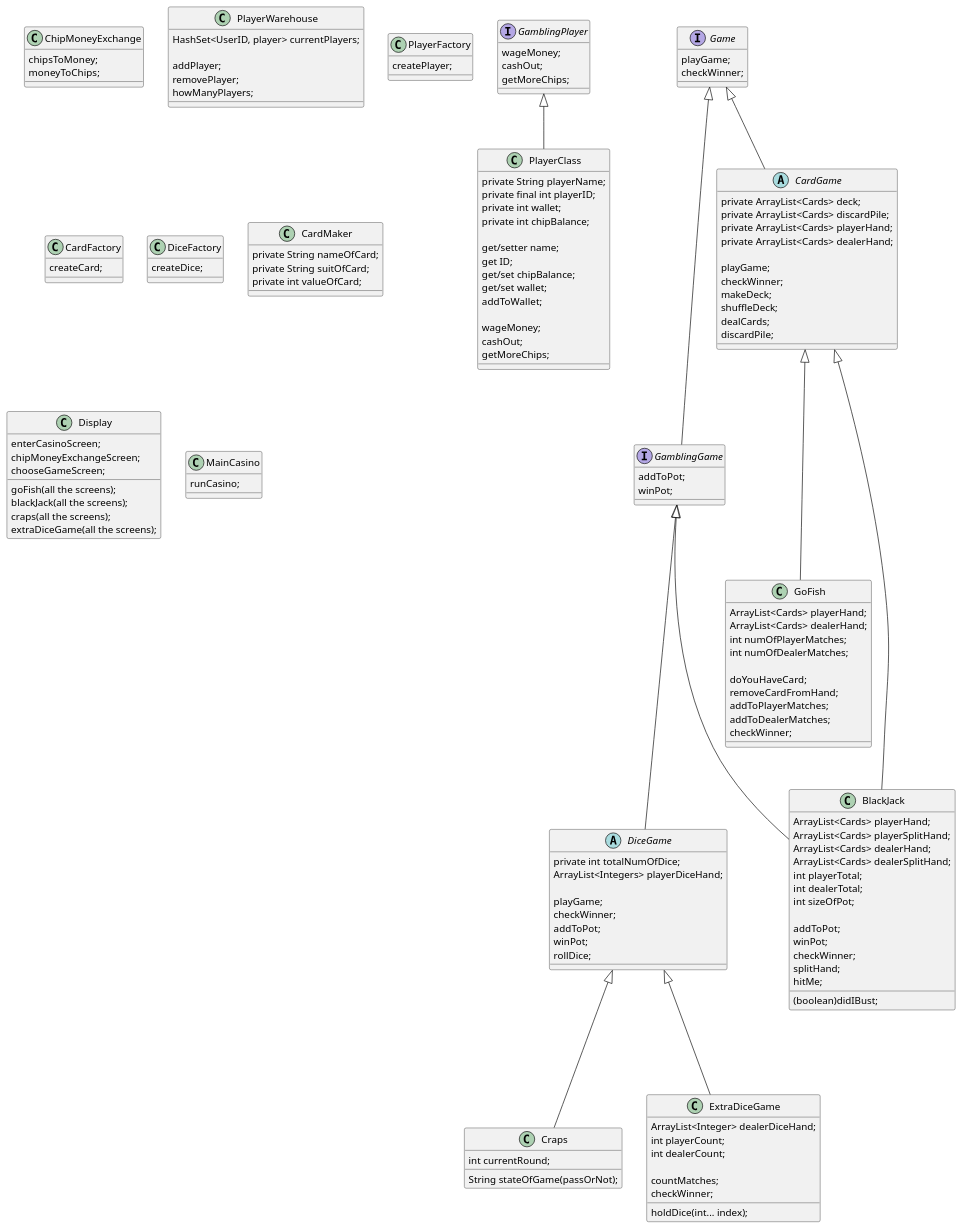
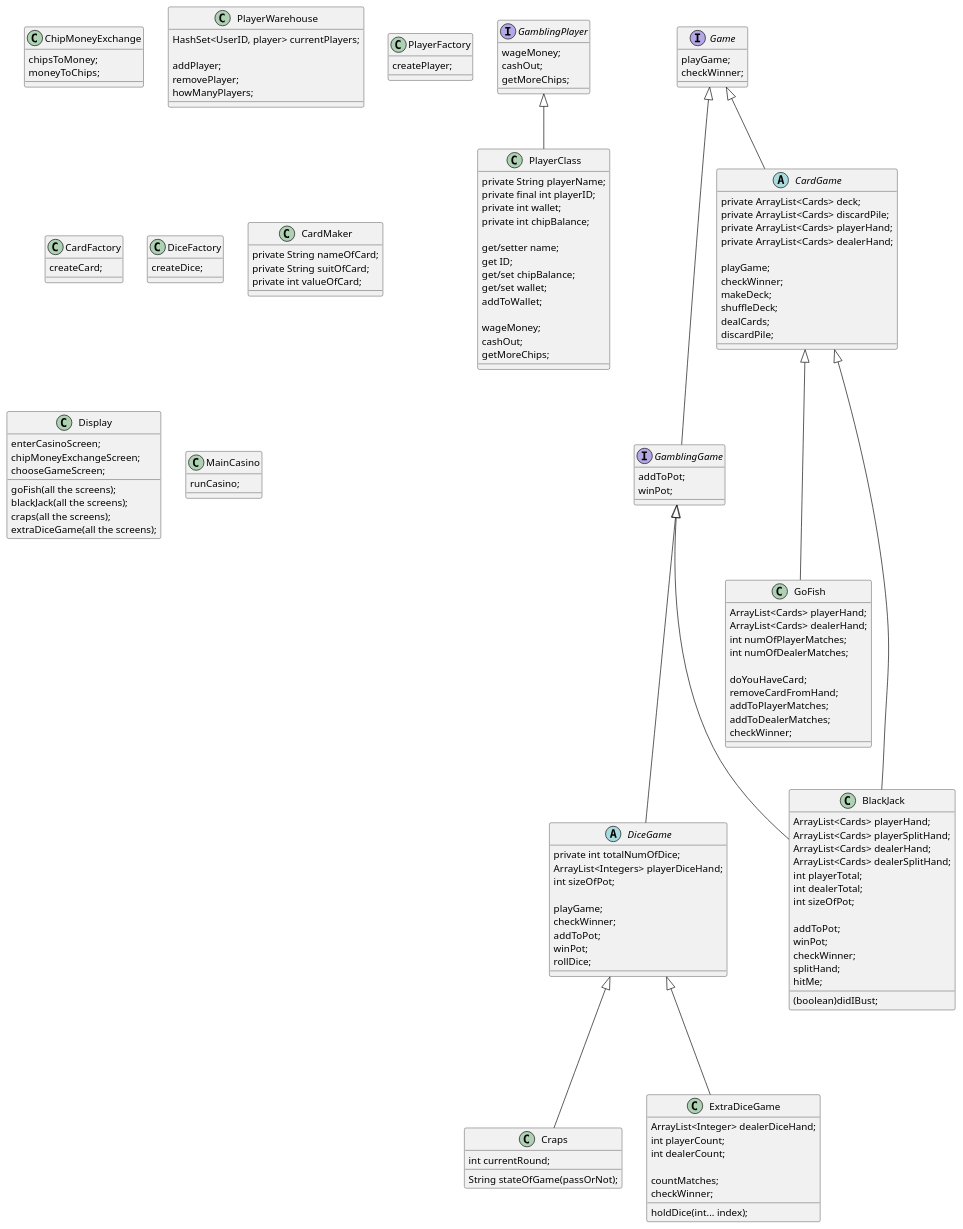
One commit to ZipCodeCore/GroupCasino changed the diagram in Casino.puml. Above: the diagram before and after it, drawn with PlantUML. The commit also changed 2 other files, not shown here.

```diff
--- a/Casino.puml
+++ b/Casino.puml
@@ -1,177 +1,178 @@
 @startuml
 'https://plantuml.com/sequence-diagram
 
 class PlayerClass {
 private String playerName;
 private final int playerID;
 private int wallet;
 private int chipBalance;
 
 get/setter name;
 get ID;
 get/set chipBalance;
 get/set wallet;
 addToWallet;
 
 wageMoney;
 cashOut;
 getMoreChips;
 }
 
 interface Game {
 playGame;
 checkWinner;
 }
 
 interface GamblingGame {
 addToPot;
 winPot;
 }
 
 interface GamblingPlayer {
 wageMoney;
 cashOut;
 getMoreChips;
 }
 
 abstract class CardGame {
 private ArrayList<Cards> deck;
 private ArrayList<Cards> discardPile;
 private ArrayList<Cards> playerHand;
 private ArrayList<Cards> dealerHand;
 
 playGame;
 checkWinner;
 makeDeck;
 shuffleDeck;
 dealCards;
 discardPile;
 }
 
 abstract class DiceGame {
 private int totalNumOfDice;
 ArrayList<Integers> playerDiceHand;
+int sizeOfPot;
 
 playGame;
 checkWinner;
 addToPot;
 winPot;
 rollDice;
 }
 
 class ChipMoneyExchange {
 chipsToMoney;
 moneyToChips;
 }
 
 class GoFish {
 ArrayList<Cards> playerHand;
 ArrayList<Cards> dealerHand;
 int numOfPlayerMatches;
 int numOfDealerMatches;
 
 doYouHaveCard;
 removeCardFromHand;
 addToPlayerMatches;
 addToDealerMatches;
 checkWinner;
 }
 
 class BlackJack {
 ArrayList<Cards> playerHand;
 ArrayList<Cards> playerSplitHand;
 ArrayList<Cards> dealerHand;
 ArrayList<Cards> dealerSplitHand;
 int playerTotal;
 int dealerTotal;
 int sizeOfPot;
 
 addToPot;
 winPot;
 checkWinner;
 splitHand;
 hitMe;
 (boolean)didIBust;
 }
 
 class Craps {
 String stateOfGame(passOrNot);
 int currentRound;
 }
 
 class ExtraDiceGame {
 ArrayList<Integer> dealerDiceHand;
 int playerCount;
 int dealerCount;
 
 countMatches;
 checkWinner;
 holdDice(int... index);
 }
 
 class PlayerWarehouse {
 HashSet<UserID, player> currentPlayers;
 
 addPlayer;
 removePlayer;
 howManyPlayers;
 }
 
 class PlayerFactory {
 createPlayer;
 }
 
 class CardFactory {
 createCard;
 }
 
 class DiceFactory {
 createDice;
 }
 
 class CardMaker {
 private String nameOfCard;
 private String suitOfCard;
 private int valueOfCard;
 }
 
 class Display {
 enterCasinoScreen;
 chipMoneyExchangeScreen;
 chooseGameScreen;
 goFish(all the screens);
 blackJack(all the screens);
 craps(all the screens);
 extraDiceGame(all the screens);
 }
 
 
 class MainCasino {
 runCasino;
 }
 
 DiceGame <|--- Craps
 DiceGame <|--- ExtraDiceGame
 
 CardGame <|--- GoFish
 CardGame <|--- BlackJack
 
 Game <|--- GamblingGame
 
 
 GamblingGame <|--- BlackJack
 GamblingGame <|--- DiceGame
 
 GamblingPlayer <|-- PlayerClass
 
 Game <|-- CardGame
 
 
 
 'Alice -> Bob: Authentication Request
 'Bob --> Alice: Authentication Response
 '
 'Alice -> Bob: Another authentication Request
 'Alice <-- Bob: another authentication Response
 
 @enduml
```
